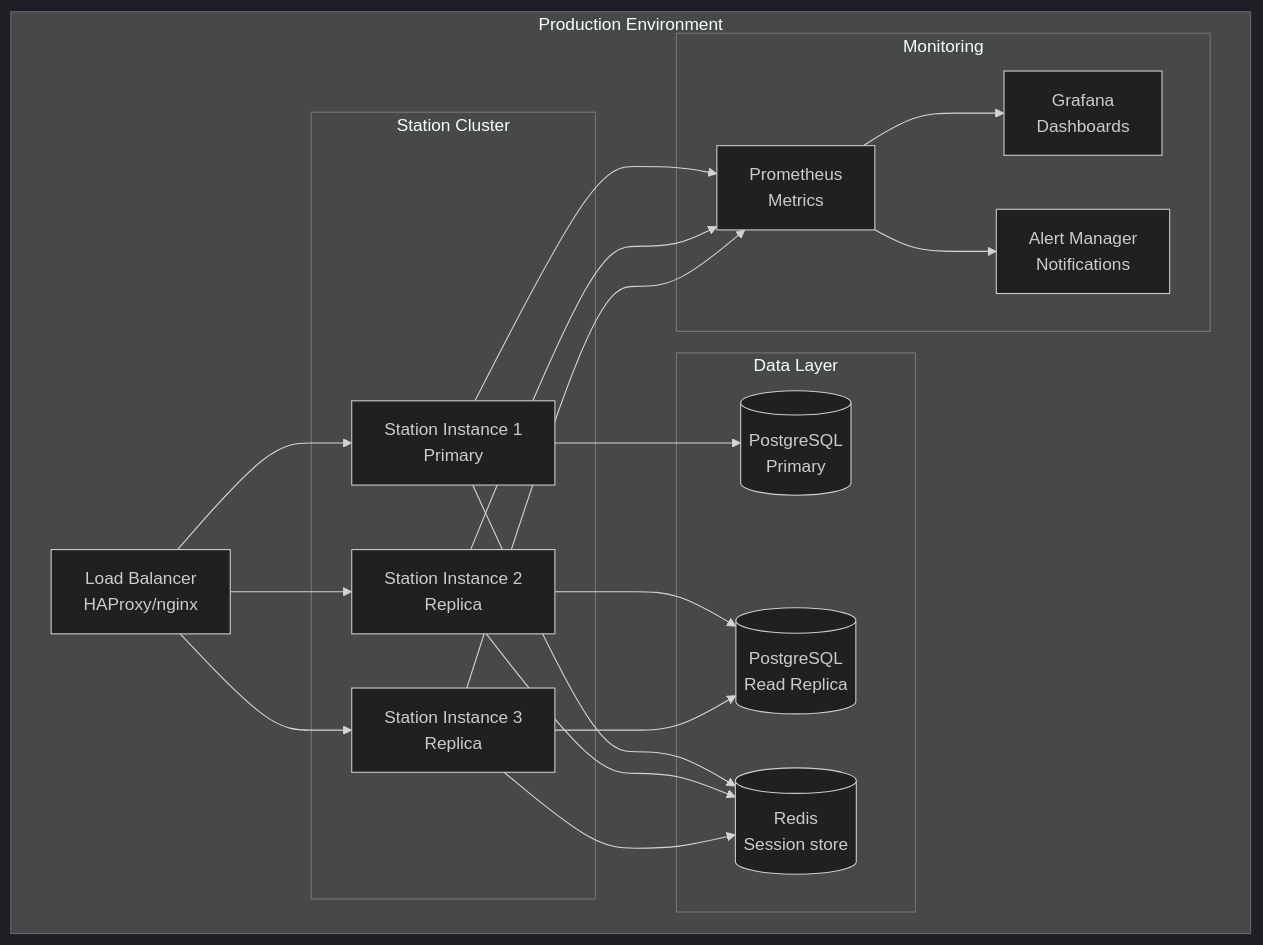
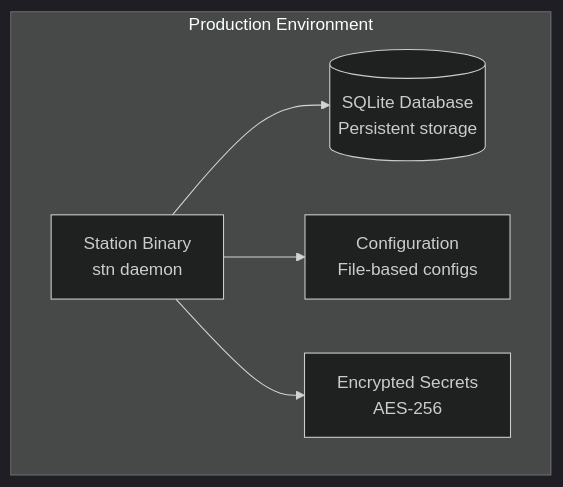
Before and after one commit to cloudshipai/station: the fifth of 5 diagrams in docs/site/src/content/docs/en/architecture.mdx, drawn with Mermaid (dark theme). The commit also changed other lines of this file and 1 other file, not shown here.

First line of the commit message:
docs: Fix quickstart and architecture pages with authentic content

````diff
--- a/docs/site/src/content/docs/en/architecture.mdx
+++ b/docs/site/src/content/docs/en/architecture.mdx
@@ -254,43 +254,13 @@
 ```mermaid
 graph TB
     subgraph "Production Environment"
-        LB[Load Balancer<br/>HAProxy/nginx]
-        
-        subgraph "Station Cluster"
-            Station1[Station Instance 1<br/>Primary]
-            Station2[Station Instance 2<br/>Replica]
-            Station3[Station Instance 3<br/>Replica]
-        end
-        
-        subgraph "Data Layer"
-            PGPrimary[(PostgreSQL<br/>Primary)]
-            PGReplica[(PostgreSQL<br/>Read Replica)]
-            Redis[(Redis<br/>Session store)]
-        end
-        
-        subgraph "Monitoring"
-            Prometheus[Prometheus<br/>Metrics]
-            Grafana[Grafana<br/>Dashboards]
-            AlertManager[Alert Manager<br/>Notifications]
-        end
+        Station[Station Binary<br/>stn daemon]
+        SQLiteDB[(SQLite Database<br/>Persistent storage)]
+        ConfigDir[Configuration<br/>File-based configs]
+        SecretsStore[Encrypted Secrets<br/>AES-256]
     end
     
-    LB --> Station1
-    LB --> Station2
-    LB --> Station3
-    
-    Station1 --> PGPrimary
-    Station2 --> PGReplica
-    Station3 --> PGReplica
-    
-    Station1 --> Redis
-    Station2 --> Redis
-    Station3 --> Redis
-    
-    Station1 --> Prometheus
-    Station2 --> Prometheus
-    Station3 --> Prometheus
-    
-    Prometheus --> Grafana
-    Prometheus --> AlertManager
+    Station --> SQLiteDB
+    Station --> ConfigDir
+    Station --> SecretsStore
 ```
````
